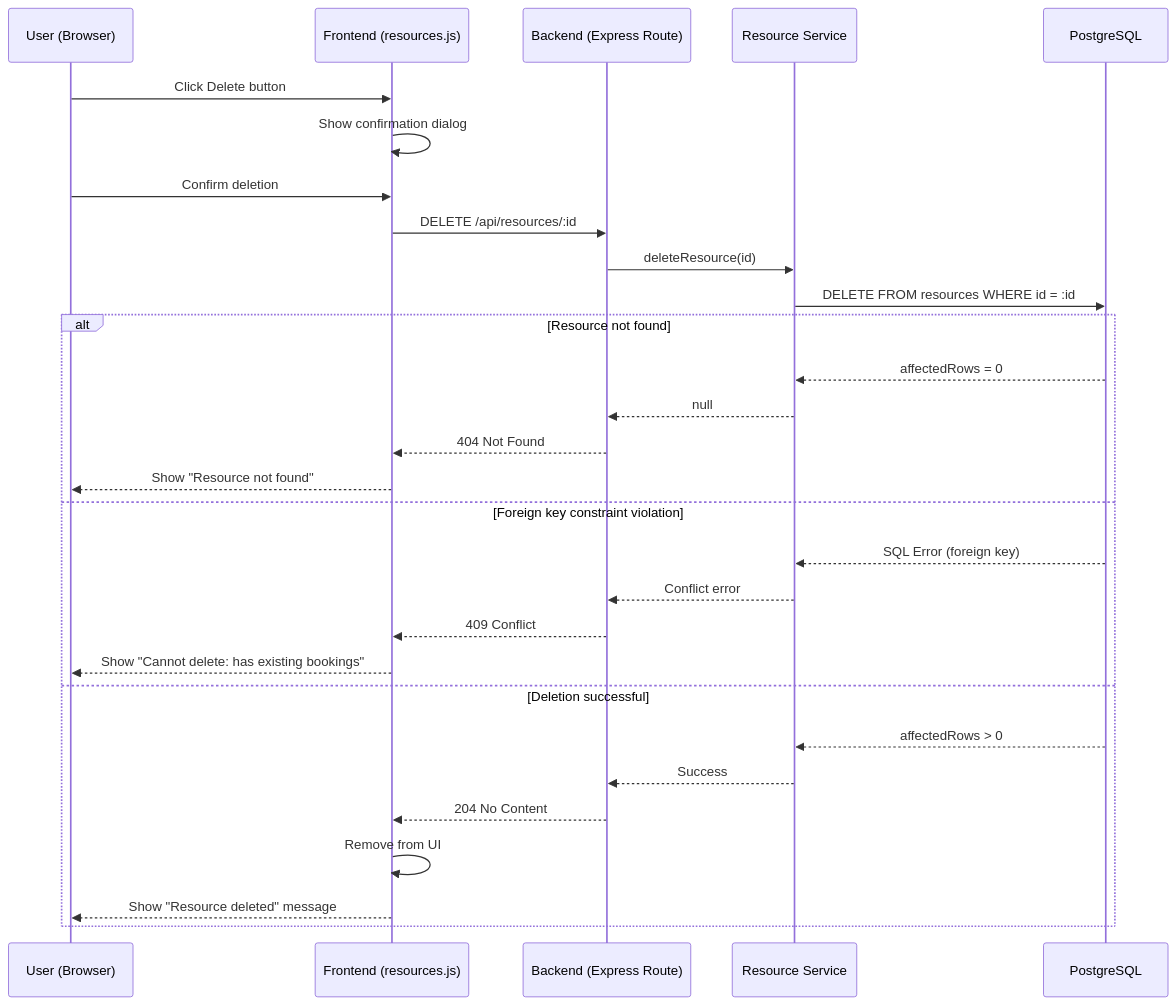
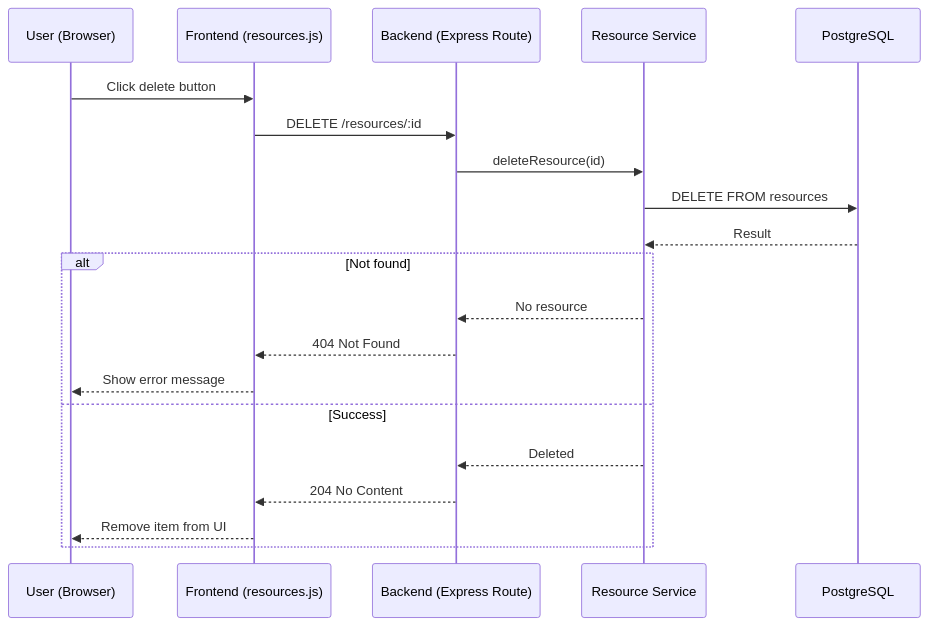
The fourth of 4 diagrams in Phase 6/G1_CRUD_DataFlow.md (AartiSaini2002/BookingSystemPhase6), drawn with Mermaid before and after one commit.

Commit message:
Update deletion flow

````diff
--- a/Phase 6/G1_CRUD_DataFlow.md
+++ b/Phase 6/G1_CRUD_DataFlow.md
@@ -109,34 +109,25 @@
 ```mermaid
 sequenceDiagram
     participant U as User (Browser)
     participant F as Frontend (resources.js)
     participant B as Backend (Express Route)
     participant S as Resource Service
     participant DB as PostgreSQL
 
-    U->>F: Click Delete button
-    F->>F: Show confirmation dialog
-    U->>F: Confirm deletion
-    
-    F->>B: DELETE /api/resources/:id
+    U->>F: Click delete button
+    F->>B: DELETE /resources/:id
+
     B->>S: deleteResource(id)
-    S->>DB: DELETE FROM resources WHERE id = :id
-    
-    alt Resource not found
-        DB-->>S: affectedRows = 0
-        S-->>B: null
+    S->>DB: DELETE FROM resources
+    DB-->>S: Result
+
+    alt Not found
+        S-->>B: No resource
         B-->>F: 404 Not Found
-        F-->>U: Show "Resource not found"
-    else Foreign key constraint violation
-        DB-->>S: SQL Error (foreign key)
-        S-->>B: Conflict error
-        B-->>F: 409 Conflict
-        F-->>U: Show "Cannot delete: has existing bookings"
-    else Deletion successful
-        DB-->>S: affectedRows > 0
-        S-->>B: Success
+        F-->>U: Show error message
+    else Success
+        S-->>B: Deleted
         B-->>F: 204 No Content
-        F->>F: Remove from UI
-        F-->>U: Show "Resource deleted" message
+        F-->>U: Remove item from UI
     end
 ```
````
